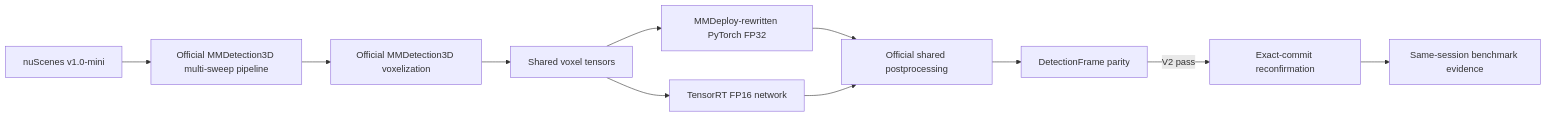
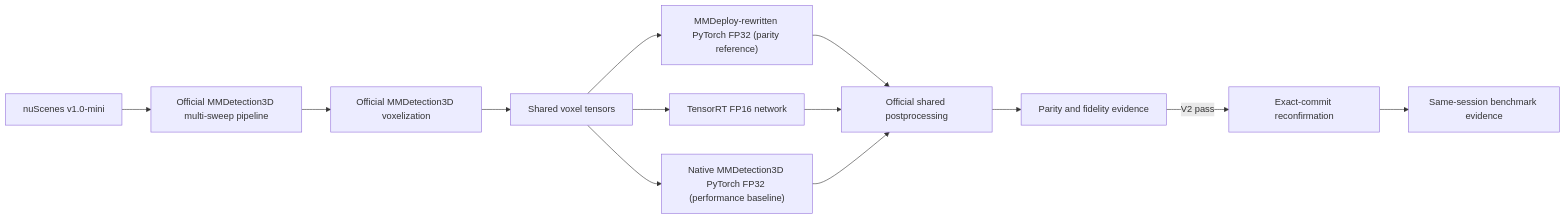
The diagram in README.md (muhammadmahadazher/laserperception), drawn with Mermaid before and after one commit. The commit also changed other lines of this file and 7 other files, not shown here.

````diff
--- a/README.md
+++ b/README.md
@@ -62,13 +63,15 @@
 ```mermaid
 flowchart LR
     A["nuScenes v1.0-mini"] --> B["Official MMDetection3D multi-sweep pipeline"]
     B --> C["Official MMDetection3D voxelization"]
     C --> D["Shared voxel tensors"]
-    D --> E["MMDeploy-rewritten PyTorch FP32"]
+    D --> E["MMDeploy-rewritten PyTorch FP32 (parity reference)"]
     D --> F["TensorRT FP16 network"]
+    D --> K["Native MMDetection3D PyTorch FP32 (performance baseline)"]
     E --> G["Official shared postprocessing"]
     F --> G
-    G --> H["DetectionFrame parity"]
+    K --> G
+    G --> H["Parity and fidelity evidence"]
     H -->|"V2 pass"| I["Exact-commit reconfirmation"]
     I --> J["Same-session benchmark evidence"]
 ```
````
